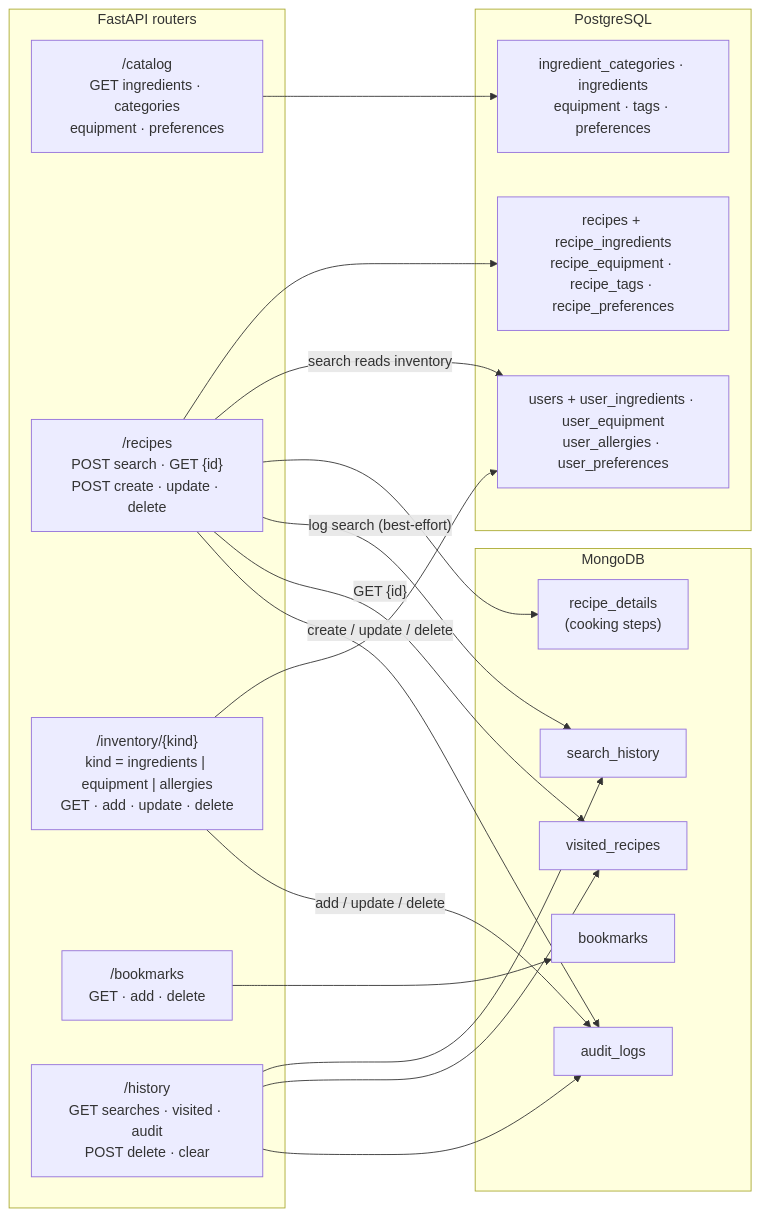
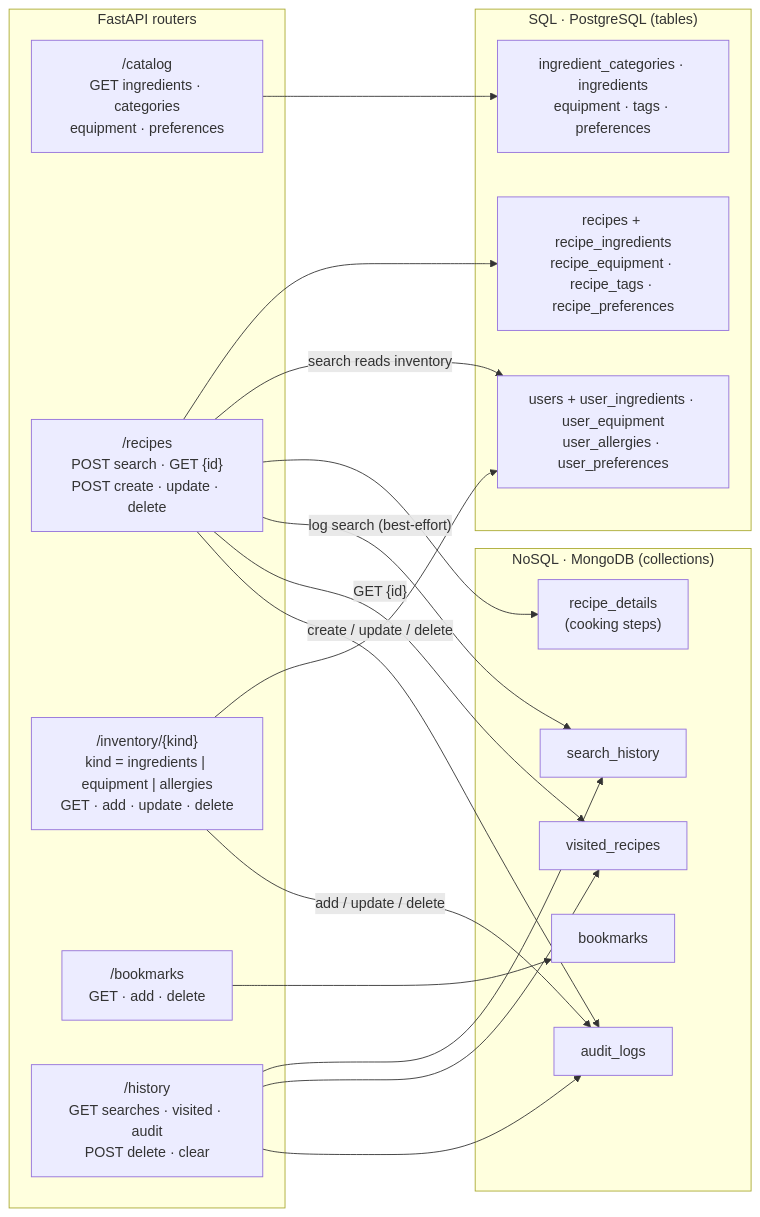
The third of 6 diagrams in docs/diagram-architecture/ARCHITECTURE.md (Khaomi/RecipeFilterSystem), drawn with Mermaid before and after one commit. The commit also changed other lines of this file and 1 other file, not shown here.

Commit message:
adding the missing nosql and the architect

````diff
--- a/docs/diagram-architecture/ARCHITECTURE.md
+++ b/docs/diagram-architecture/ARCHITECTURE.md
@@ -55,36 +55,36 @@
 ```mermaid
 flowchart LR
     subgraph routers["FastAPI routers"]
         cat["/catalog<br/>GET ingredients · categories<br/>equipment · preferences"]
         rec["/recipes<br/>POST search · GET {id}<br/>POST create · update · delete"]
         inv["/inventory/{kind}<br/>kind = ingredients | equipment | allergies<br/>GET · add · update · delete"]
         bm["/bookmarks<br/>GET · add · delete"]
         hist["/history<br/>GET searches · visited · audit<br/>POST delete · clear"]
     end
 
-    subgraph PG["PostgreSQL"]
+    subgraph PG["SQL · PostgreSQL (tables)"]
         pgc["ingredient_categories · ingredients<br/>equipment · tags · preferences"]
         pgr["recipes + recipe_ingredients<br/>recipe_equipment · recipe_tags · recipe_preferences"]
         pgu["users + user_ingredients · user_equipment<br/>user_allergies · user_preferences"]
     end
 
-    subgraph MG["MongoDB"]
+    subgraph MG["NoSQL · MongoDB (collections)"]
         md["recipe_details<br/>(cooking steps)"]
         mb["bookmarks"]
         ms["search_history"]
         mv["visited_recipes"]
         ma["audit_logs"]
     end
 
     cat --> pgc
     rec --> pgr
     rec -->|"search reads inventory"| pgu
     rec --> md
     rec -->|"log search (best-effort)"| ms
     rec -->|"GET {id}"| mv
     rec -->|"create / update / delete"| ma
     inv --> pgu
     inv -->|"add / update / delete"| ma
     bm --> mb
     hist --> ms & mv & ma
 ```
````
